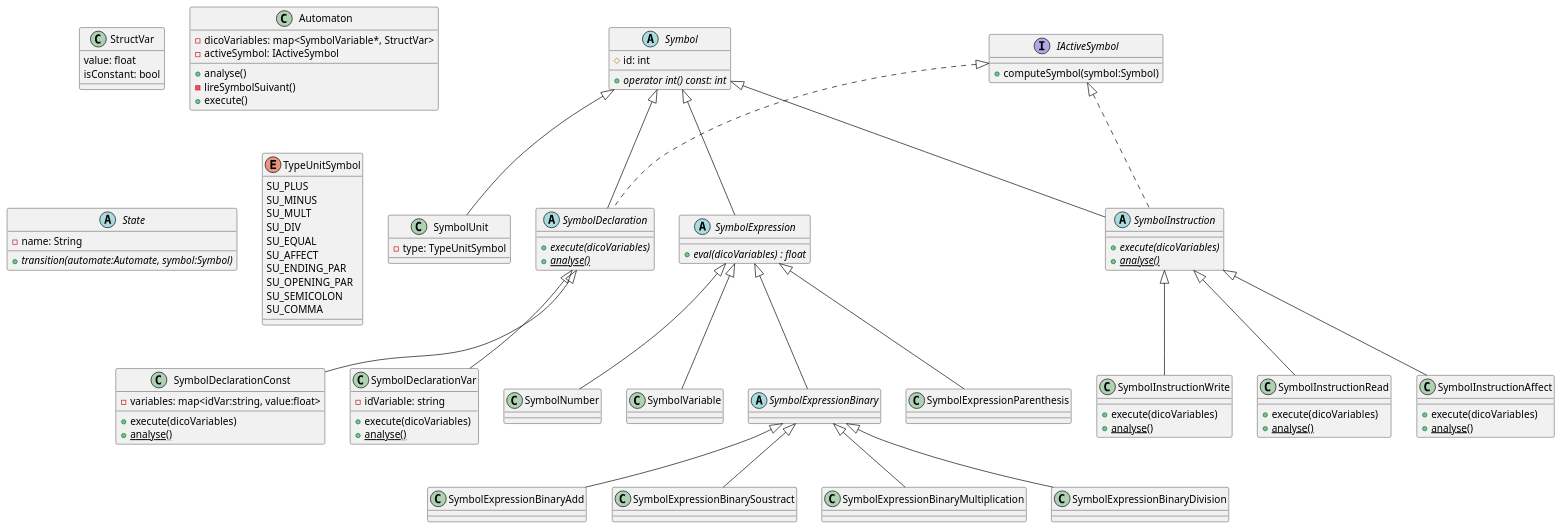
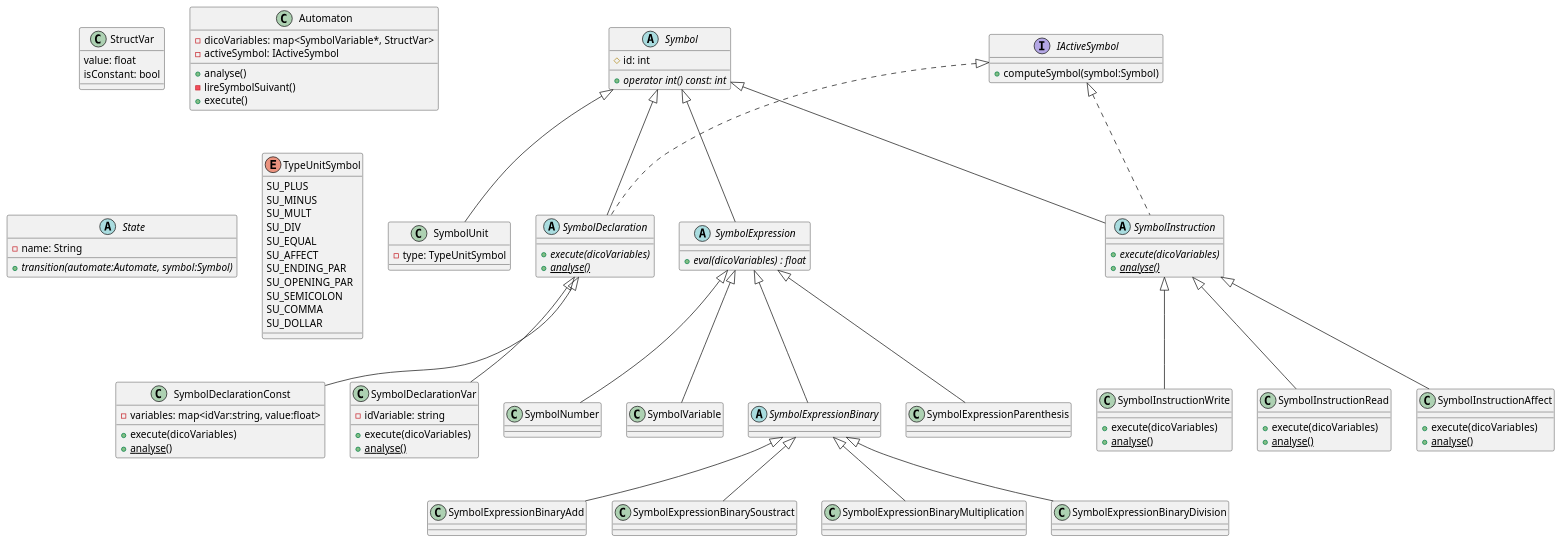
One commit to antitoine/INSA-4IF-lutin-compiler changed the diagram in diagrams/variables.puml. Above: the diagram before and after it, drawn with PlantUML. The commit also changed 20 other files, not shown here.

```diff
--- a/diagrams/variables.puml
+++ b/diagrams/variables.puml
@@ -1,97 +1,98 @@
 '''''''''
 ' Class '
 '''''''''
 
 class "StructVar" as STRUCT_VAR {
     value: float
     isConstant: bool
 }
 
 class "Automaton" as CLASS_AUTOMATE {
     - dicoVariables: map<SymbolVariable*, StructVar>
     - activeSymbol: IActiveSymbol
     + analyse()
     - lireSymbolSuivant()
     + execute()
 }
 
 abstract class "State" as CLASS_ETAT {
     - name: String
     + {abstract} transition(automate:Automate, symbol:Symbol)
 }
 
 '' Symbols ------------------------------------------------
 
 abstract class "Symbol" as CLASS_SYMBOLE {
     # id: int
     + {abstract} operator int() const: int
 }
 
 enum "TypeUnitSymbol" as ENUM_SYMBOLE_UNITAIRE {
     SU_PLUS
     SU_MINUS
     SU_MULT
     SU_DIV
     SU_EQUAL
     SU_AFFECT
     SU_ENDING_PAR
     SU_OPENING_PAR
     SU_SEMICOLON
     SU_COMMA
+    SU_DOLLAR
 }
 class "SymbolUnit" as CLASS_SYMBOLE_POINT_VIRGULE extends CLASS_SYMBOLE {
     - type: TypeUnitSymbol
 }
 
 interface "IActiveSymbol" as INTERFACE_ACTIVE_SYMBOL {
     + computeSymbol(symbol:Symbol)
 }
 
 abstract class "SymbolDeclaration" as CLASS_SYMBOLE_DECLARATION extends CLASS_SYMBOLE implements INTERFACE_ACTIVE_SYMBOL {
     + {abstract} execute(dicoVariables)
     + {abstract} {static} analyse()
 }
 class "SymbolDeclarationVar" as CLASS_SYMBOLE_DECLARATION_VAR extends CLASS_SYMBOLE_DECLARATION {
     - idVariable: string
     + execute(dicoVariables)
     + {static} analyse()
 }
 class "SymbolDeclarationConst" as CLASS_SYMBOLE_DECLARATION_CONST extends CLASS_SYMBOLE_DECLARATION {
     - variables: map<idVar:string, value:float>
     + execute(dicoVariables)
     + {static} analyse()
 }
 abstract class "SymbolInstruction" as CLASS_SYMBOLE_INSTRUCTION extends CLASS_SYMBOLE implements INTERFACE_ACTIVE_SYMBOL {
     + {abstract} execute(dicoVariables)
     + {abstract} {static} analyse()
 }
 class "SymbolInstructionWrite" as CLASS_SYMBOLE_INSTRUCTION_ECRITURE extends CLASS_SYMBOLE_INSTRUCTION {
     + execute(dicoVariables)
     + {static} analyse()
 }
 class "SymbolInstructionRead" as CLASS_SYMBOLE_INSTRUCTION_VAR_LECTURE extends CLASS_SYMBOLE_INSTRUCTION {
     + execute(dicoVariables)
     + {static} analyse()
 }
 class "SymbolInstructionAffect" as CLASS_SYMBOLE_INSTRUCTION_VAR_AFFECTATION extends CLASS_SYMBOLE_INSTRUCTION {
     + execute(dicoVariables)
     + {static} analyse()
 }
 
 abstract class "SymbolExpression" as CLASS_SYMBOLE_EXPRESSION extends CLASS_SYMBOLE {
     + {abstract} eval(dicoVariables) : float
 }
 
 class "SymbolNumber" as CLASS_SYMBOLE_NOMBRE extends CLASS_SYMBOLE_EXPRESSION
 class "SymbolVariable" as CLASS_SYMBOLE_VARIABLE extends CLASS_SYMBOLE_EXPRESSION
 
 abstract class "SymbolExpressionBinary" as CLASS_SYMBOLE_EXPRESSION_BINAIRE extends CLASS_SYMBOLE_EXPRESSION {
 }
 
 class "SymbolExpressionParenthesis" as CLASS_SYMBOLE_EXPRESSION_PARENTHESE extends CLASS_SYMBOLE_EXPRESSION {
 }
 
 class "SymbolExpressionBinaryAdd" as CLASS_SYMBOLE_EXPRESSION_BINAIRE_ADD extends CLASS_SYMBOLE_EXPRESSION_BINAIRE
 class "SymbolExpressionBinarySoustract" as CLASS_SYMBOLE_EXPRESSION_BINAIRE_SOUSTRACTION extends CLASS_SYMBOLE_EXPRESSION_BINAIRE
 class "SymbolExpressionBinaryMultiplication" as CLASS_SYMBOLE_EXPRESSION_BINAIRE_MULT extends CLASS_SYMBOLE_EXPRESSION_BINAIRE
 class "SymbolExpressionBinaryDivision" as CLASS_SYMBOLE_EXPRESSION_BINAIRE_DIV extends CLASS_SYMBOLE_EXPRESSION_BINAIRE
```
